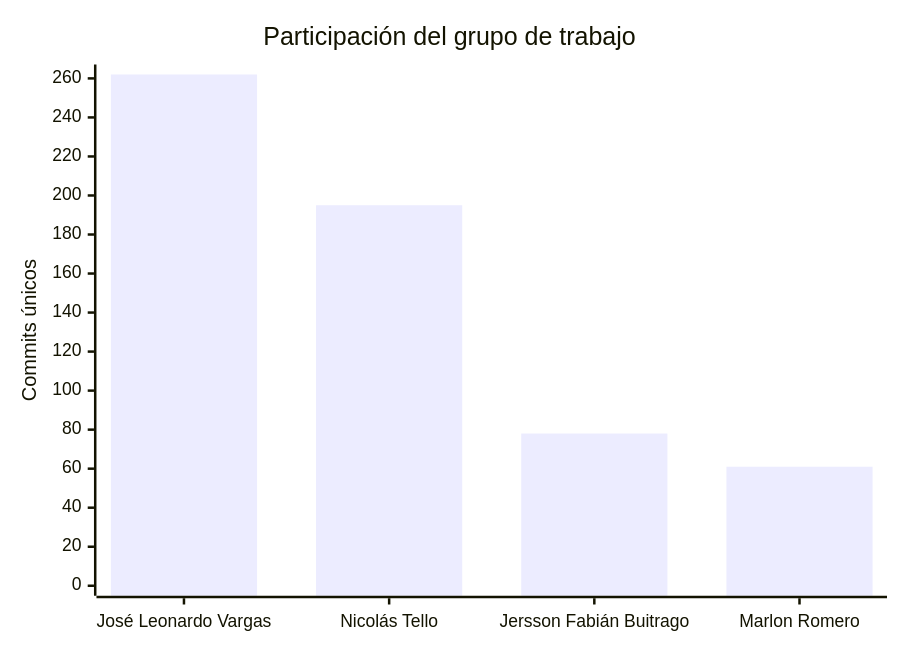
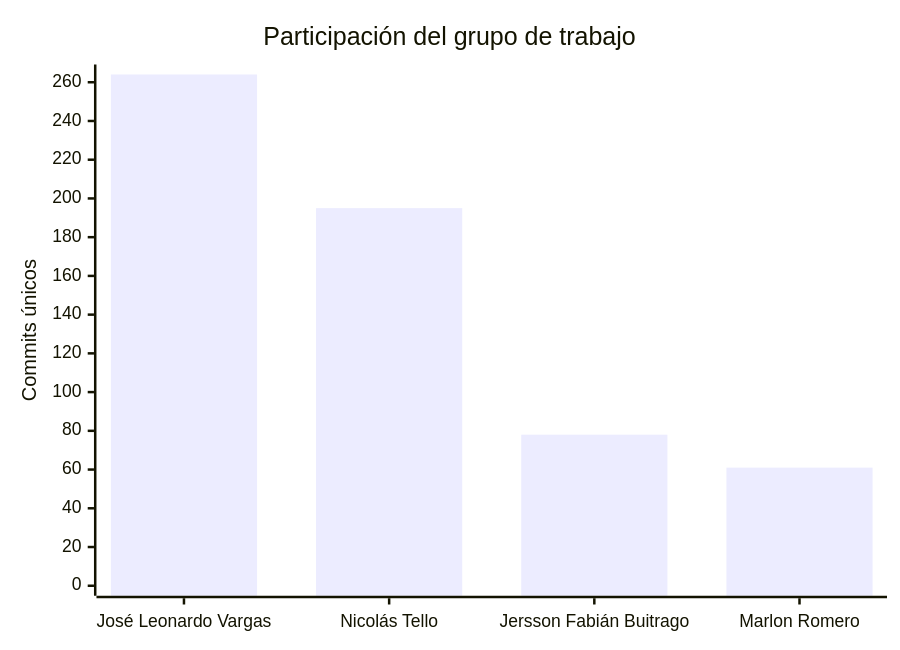
One commit to FarmaExpres/FarmaExpres changed the second of 2 diagrams in README.md. Above: the diagram before and after it, drawn with Mermaid. The commit also changed other lines of this file and 1 other file, not shown here.

````diff
--- a/README.md
+++ b/README.md
@@ -401,7 +401,7 @@
 ```mermaid
 xychart-beta
     title "Participación del grupo de trabajo"
     x-axis ["José Leonardo Vargas", "Nicolás Tello", "Jersson Fabián Buitrago", "Marlon Romero"]
-    y-axis "Commits únicos" 0 --> 262
-    bar [262, 195, 78, 61]
+    y-axis "Commits únicos" 0 --> 264
+    bar [264, 195, 78, 61]
 ```
````
